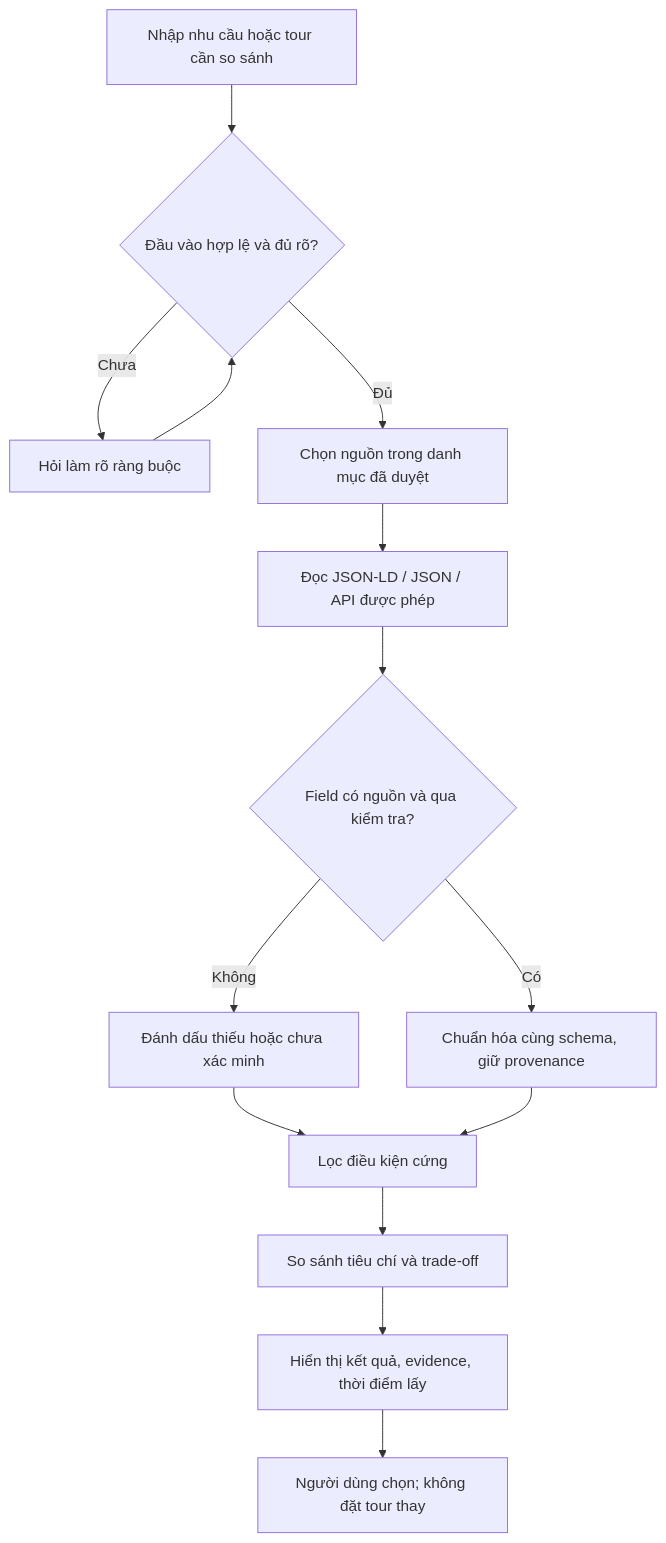
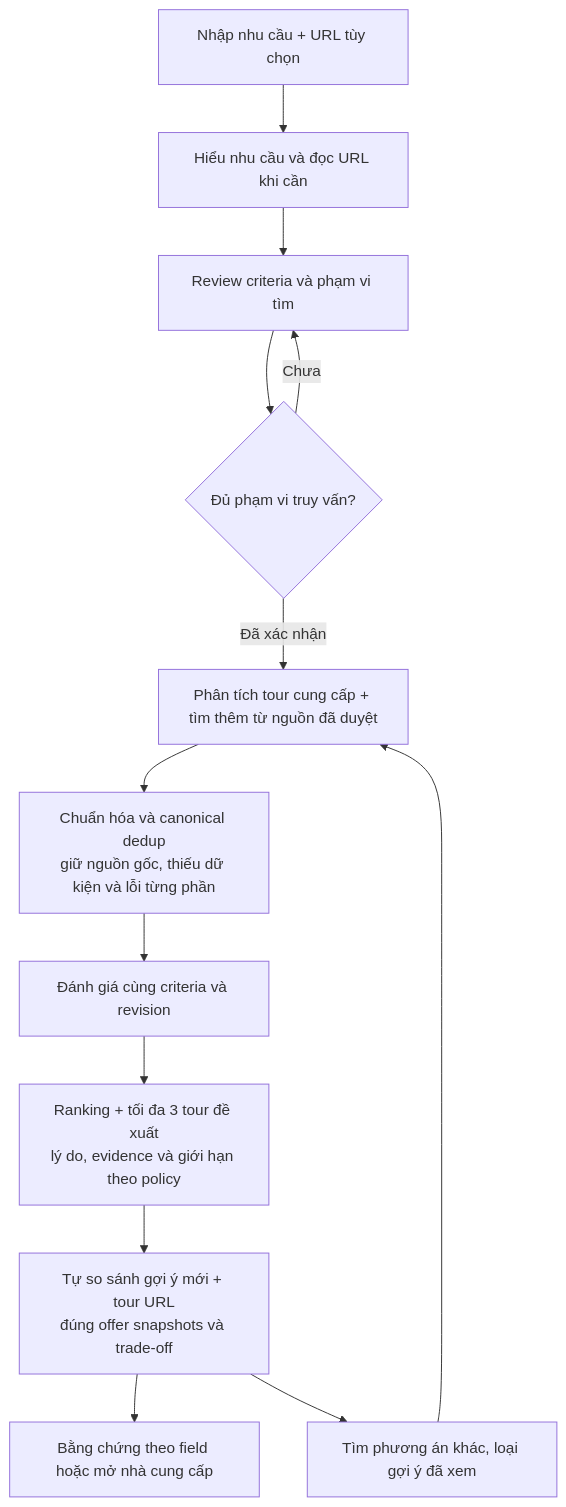
One commit to graviton711/HCMUS-x-HCMUT---TMA changed the second of 2 diagrams in docs/system-architecture.md. Above: the diagram before and after it, drawn with Mermaid. The commit also changed other lines of this file and 41 other files, not shown here.

````diff
--- a/docs/system-architecture.md
+++ b/docs/system-architecture.md
@@ -46,16 +49,15 @@
 ```mermaid
 flowchart TD
-    A[Nhập nhu cầu hoặc tour cần so sánh] --> B{Đầu vào hợp lệ và đủ rõ?}
-    B -->|Chưa| C[Hỏi làm rõ ràng buộc]
-    C --> B
-    B -->|Đủ| D[Chọn nguồn trong danh mục đã duyệt]
-    D --> E[Đọc JSON-LD / JSON / API được phép]
-    E --> F{Field có nguồn và qua kiểm tra?}
-    F -->|Không| G[Đánh dấu thiếu hoặc chưa xác minh]
-    F -->|Có| H[Chuẩn hóa cùng schema, giữ provenance]
-    G --> I[Lọc điều kiện cứng]
-    H --> I
-    I --> J[So sánh tiêu chí và trade-off]
-    J --> K[Hiển thị kết quả, evidence, thời điểm lấy]
-    K --> L[Người dùng chọn; không đặt tour thay]
+    A[Nhập nhu cầu + URL tùy chọn] --> B[Hiểu nhu cầu và đọc URL khi cần]
+    B --> C[Review criteria và phạm vi tìm]
+    C --> D{Đủ phạm vi truy vấn?}
+    D -->|Chưa| C
+    D -->|Đã xác nhận| E[Phân tích tour cung cấp + tìm thêm từ nguồn đã duyệt]
+    E --> F[Chuẩn hóa và canonical dedup<br/>giữ nguồn gốc, thiếu dữ kiện và lỗi từng phần]
+    F --> G[Đánh giá cùng criteria và revision]
+    G --> R[Ranking + tối đa 3 tour đề xuất<br/>lý do, evidence và giới hạn theo policy]
+    R --> J[Tự so sánh gợi ý mới + tour URL<br/>đúng offer snapshots và trade-off]
+    J --> K[Bằng chứng theo field hoặc mở nhà cung cấp]
+    J --> L[Tìm phương án khác, loại gợi ý đã xem]
+    L --> E
 ```
````
